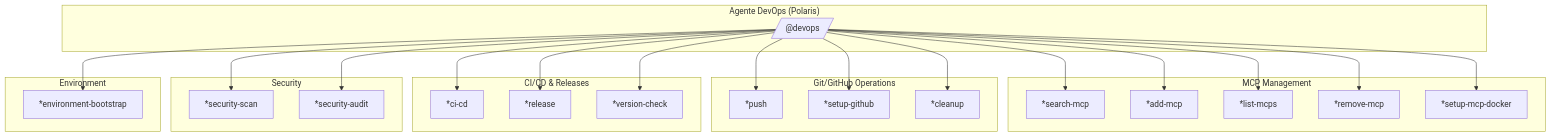
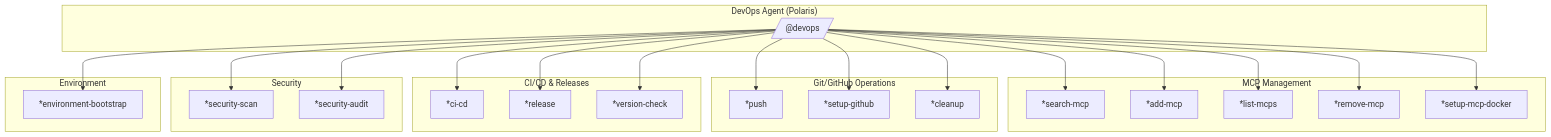
Before and after one commit to CyryxLabs/AEXOS: the first of 7 diagrams in docs/aexos-agent-flows/devops-system.md, drawn with Mermaid. The commit also changed other lines of this file and 528 other files, not shown here.

````diff
--- a/docs/aexos-agent-flows/devops-system.md
+++ b/docs/aexos-agent-flows/devops-system.md
@@ -86,41 +86,41 @@
 ```mermaid
 flowchart TB
-    subgraph "Agente DevOps (Polaris)"
+    subgraph "DevOps Agent (Polaris)"
         A[/"@devops"/]
     end
 
     subgraph "MCP Management"
         MCP1["*search-mcp"]
         MCP2["*add-mcp"]
         MCP3["*list-mcps"]
         MCP4["*remove-mcp"]
         MCP5["*setup-mcp-docker"]
     end
 
     subgraph "Git/GitHub Operations"
         GIT1["*push"]
         GIT2["*setup-github"]
         GIT3["*cleanup"]
     end
 
     subgraph "CI/CD & Releases"
         CI1["*ci-cd"]
         CI2["*release"]
         CI3["*version-check"]
     end
 
     subgraph "Security"
         SEC1["*security-scan"]
         SEC2["*security-audit"]
     end
 
     subgraph "Environment"
         ENV1["*environment-bootstrap"]
     end
 
     A --> MCP1 & MCP2 & MCP3 & MCP4 & MCP5
     A --> GIT1 & GIT2 & GIT3
     A --> CI1 & CI2 & CI3
     A --> SEC1 & SEC2
     A --> ENV1
 ```
````
